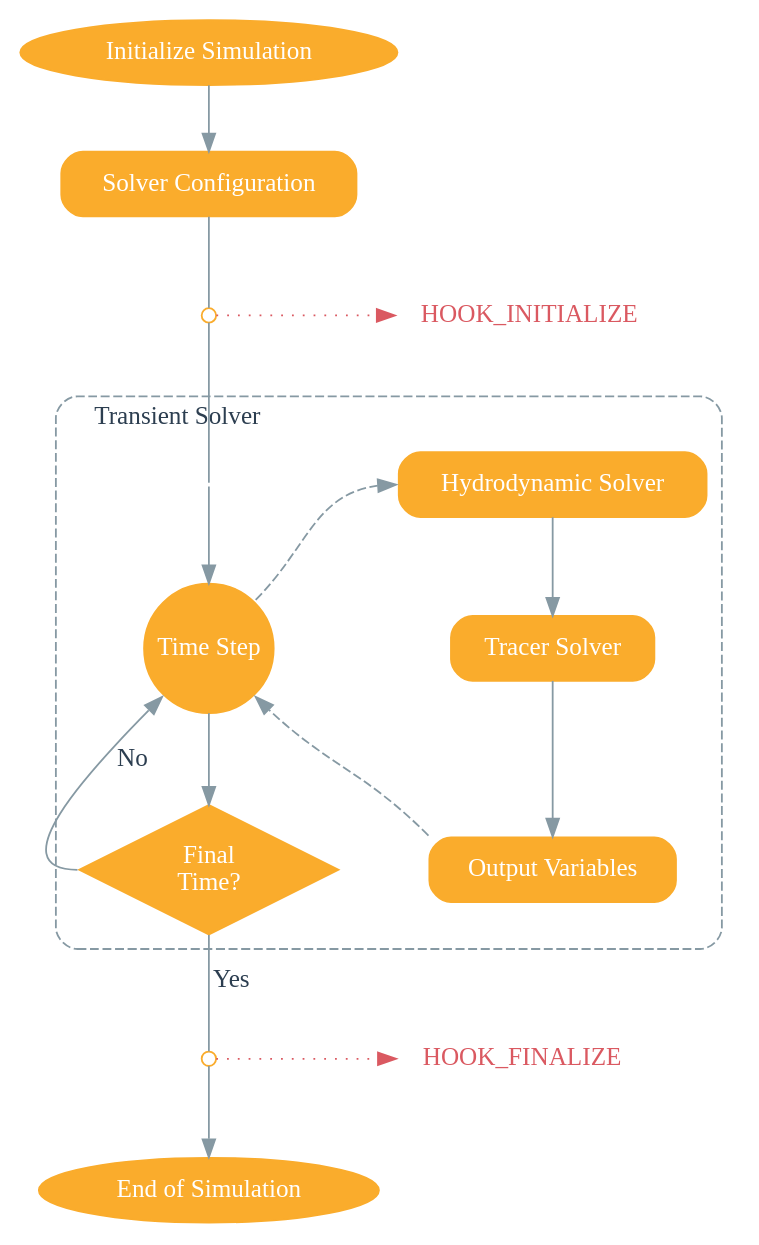
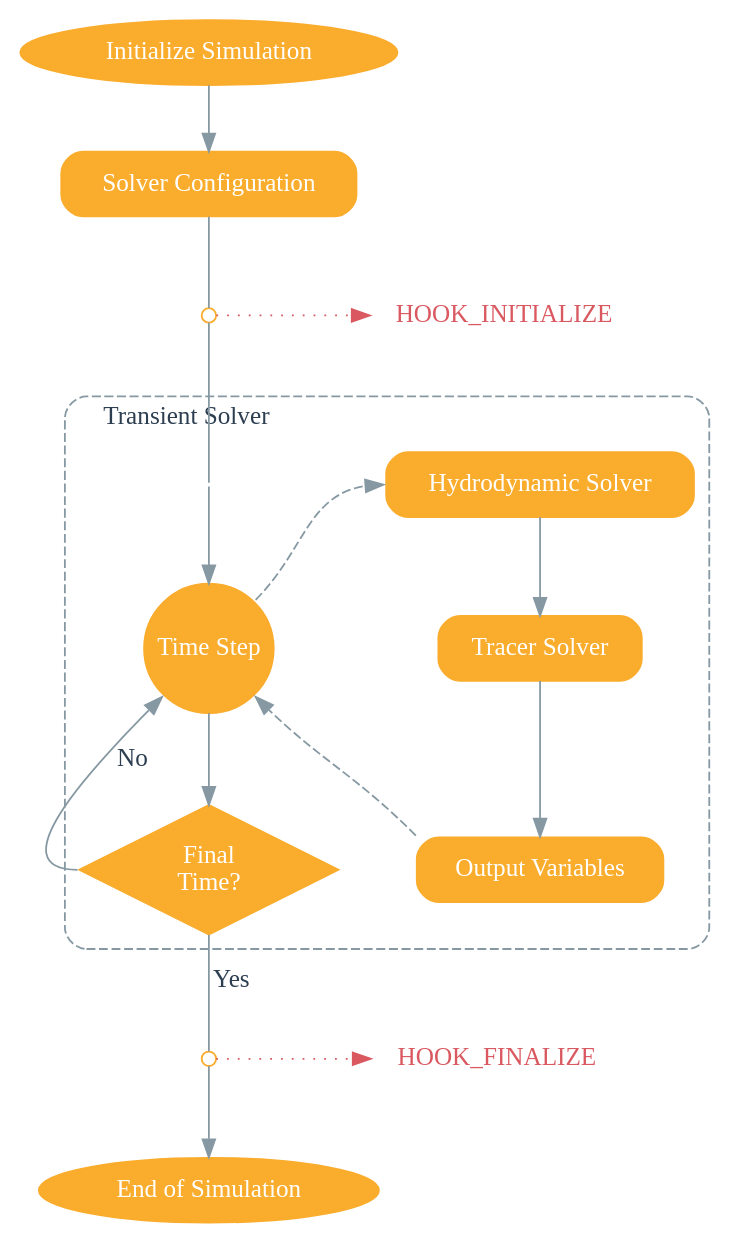
The diagram in docs/source/_static/graphviz/main_flow.dot (ESSS/alfasim-sdk), drawn with Graphviz before and after one commit. The commit also changed 3 other files, not shown here.

Commit message:
Update graphviz

```diff
--- a/docs/source/_static/graphviz/main_flow.dot
+++ b/docs/source/_static/graphviz/main_flow.dot
@@ -1,77 +1,63 @@
 digraph {
+            nodesep = 0.6;
+            newrank=true
+            node [fillcolor="#FAAC2C" style="rounded, filled" color="#FAAC2C" fontcolor="#ffffff"]
+            edge [color="#8699A3" fontcolor="#2c3e50"]
 
-            nodesep = 0.7;
-            node [
-                peripheries="1",
-                fillcolor="#FAAC2C"
-                style="rounded, filled"
-                color="#FAAC2C"
-                fontcolor="#ffffff"
-                shape="rectangular"
-            ];
-            edge [ color="#8699A3", fontcolor="#2c3e50" ];
+            init [label="Initialize Simulation"]
+            end [label="End of Simulation"]
 
-            init [label="Initialize Simulation", shape=""]
-            end [label="End of Simulation", shape=""]
+            node [shape=point, width=0]
+            invisible_point
+            hook_initialize_point [peripheries="2"]
+            hook_finalize_point [peripheries="2"]
+
+            time [fixedsize=true, label="Time Step", width="1.0", shape="circle"];
+            decision [label="Final \n Time?", shape="diamond", fixedsize=true, width=2.0, height=1.0, labelcolor="#8699A3", style="filled"]
+
+            node[shape="rectangular", target="_top"]
             config [label="Solver Configuration"]
-            solver [shape=point, width=0, peripheries="0"]
+            hyd_solver [label="Hydrodynamic Solver", URL="../07_workflow.html#hydrodynamic-solver"]
+            tracer_solver [label="Tracer Solver" URL="../07_workflow.html#tracer-solver"]
 
-            time [
-                    fixedsize=true,
-                    label="Time Step",
-                    width="1.0",
-                    shape="circle",
-                    ];
+            output [label="Output Variables"]
 
-            hook_initialize_point [shape = point, width = 0, peripheries="2"]
-            hook_finalize_point [shape = point, width = 0, peripheries="2" ]
-            decision [label="Final \n Time?",shape="diamond" fixedsize=true width=2.0 height=1.0 labelcolor="#8699A3" style="filled"]
-            hook_initialize [peripheries="0" label="HOOK_INITIALIZE", shape="cds", color="#DA5961", fontcolor="#DA5961", style=""
-                URL="../06_solver_hooks.html#alfasim_sdk.hook_specs.initialize", target="_top"
-            ]
-            hook_finalize [peripheries="0" label="HOOK_FINALIZE", shape="cds", color="#DA5961",  fontcolor="#DA5961" , style=""
-                URL="../06_solver_hooks.html#alfasim_sdk.hook_specs.finalize", target="_top"
-            ]
-            hyd_solver [label="Hydrodynamic Solver" URL="../07_workflow.html#hydrodynamic-solver", target="_top"]
-            tracer_solver [label="Tracer Solver" URL="../07_workflow.html#tracer-solver", target="_top"]
-            output [label="Output Variables"]
+            node[peripheries="0" shape="cds", color="#DA5961", fontcolor="#DA5961", style=""]
+            hook_initialize [ label="HOOK_INITIALIZE", URL="../06_solver_hooks.html#alfasim_sdk.hook_specs.initialize"]
+            hook_finalize [label="HOOK_FINALIZE", URL="../06_solver_hooks.html#alfasim_sdk.hook_specs.finalize"]
 
             {rank = same; hook_initialize_point; hook_initialize}
             {rank = same; hook_finalize_point; hook_finalize; }
+            {rank=same; time;tracer_solver}
+            {rank=same; invisible_point;hyd_solver}
 
             init -> config;
             config -> hook_initialize_point [arrowhead= none];
 
-            hook_initialize_point -> solver [arrowhead=none];
+            hook_initialize_point -> invisible_point [arrowhead=none];
             hook_initialize_point -> hook_initialize [style=dotted, color="#DA5961"];
+
             subgraph cluster_a{
                 label="Transient Solver"
                 style="dashed, rounded"
                 shape="reactangular"
                 color="#8699A3"
                 fontcolor="#2c3e50"
                 labeljust="l"
 
-                {rank=same; time;tracer_solver}
-                {rank=same; solver;hyd_solver}
-                solver -> time;
+
+                invisible_point -> time;
                 time:ne -> hyd_solver:w [style=dashed];
 
-                hyd_solver -> tracer_solver [weight=999];
-                tracer_solver -> output [weight=999];
-
-                node[group=x]
-                time;decision
-
-                node[group=a]
-                hyd_solver;tracer_solver;output
+                hyd_solver -> tracer_solver [weight=1000];
+                tracer_solver -> output [weight=1000];
 
                 output:nw -> time:se [style=dashed];
-                time:s -> decision:n [weight=999];
-                decision:w -> time:sw [label="No", weight=99];
+                time:s -> decision:n [weight=10];
+                decision:w -> time:sw [label="No"];
             }
             decision -> hook_finalize_point [arrowhead= none, label="Yes"];
             hook_finalize_point ->  hook_finalize [style=dotted, color="#DA5961"];
             hook_finalize_point ->  end;
 
         }
```
